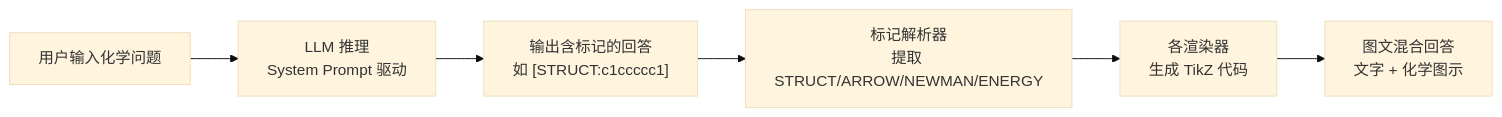
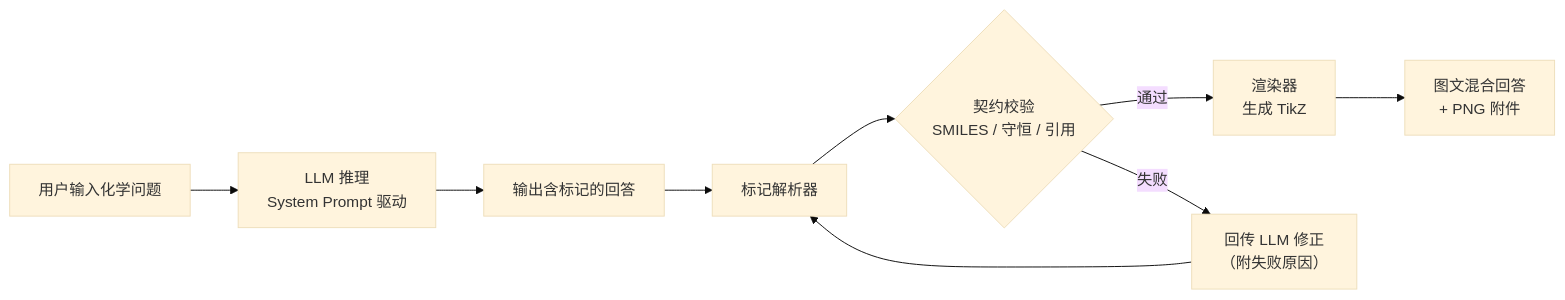
One commit to thudyq/chem_agent changed the diagram in README.md. Above: the diagram before and after it, drawn with Mermaid (base theme). The commit also changed other lines of this file and 1 other file, not shown here.

````diff
--- a/README.md
+++ b/README.md
@@ -64,8 +61,11 @@
 ```mermaid
 graph LR
     U["用户输入化学问题"] --> L["LLM 推理<br>System Prompt 驱动"]
-    L --> T["输出含标记的回答<br>如 [STRUCT:c1ccccc1]"]
-    T --> P["标记解析器<br>提取 STRUCT/ARROW/NEWMAN/ENERGY"]
-    P --> R["各渲染器<br>生成 TikZ 代码"]
-    R --> O["图文混合回答<br>文字 + 化学图示"]
+    L --> T["输出含标记的回答"]
+    T --> P["标记解析器"]
+    P --> V{"契约校验<br>SMILES / 守恒 / 引用"}
+    V -- 通过 --> R["渲染器<br>生成 TikZ"]
+    V -- 失败 --> C["回传 LLM 修正<br>（附失败原因）"]
+    C --> P
+    R --> O["图文混合回答<br>+ PNG 附件"]
 ```
````
